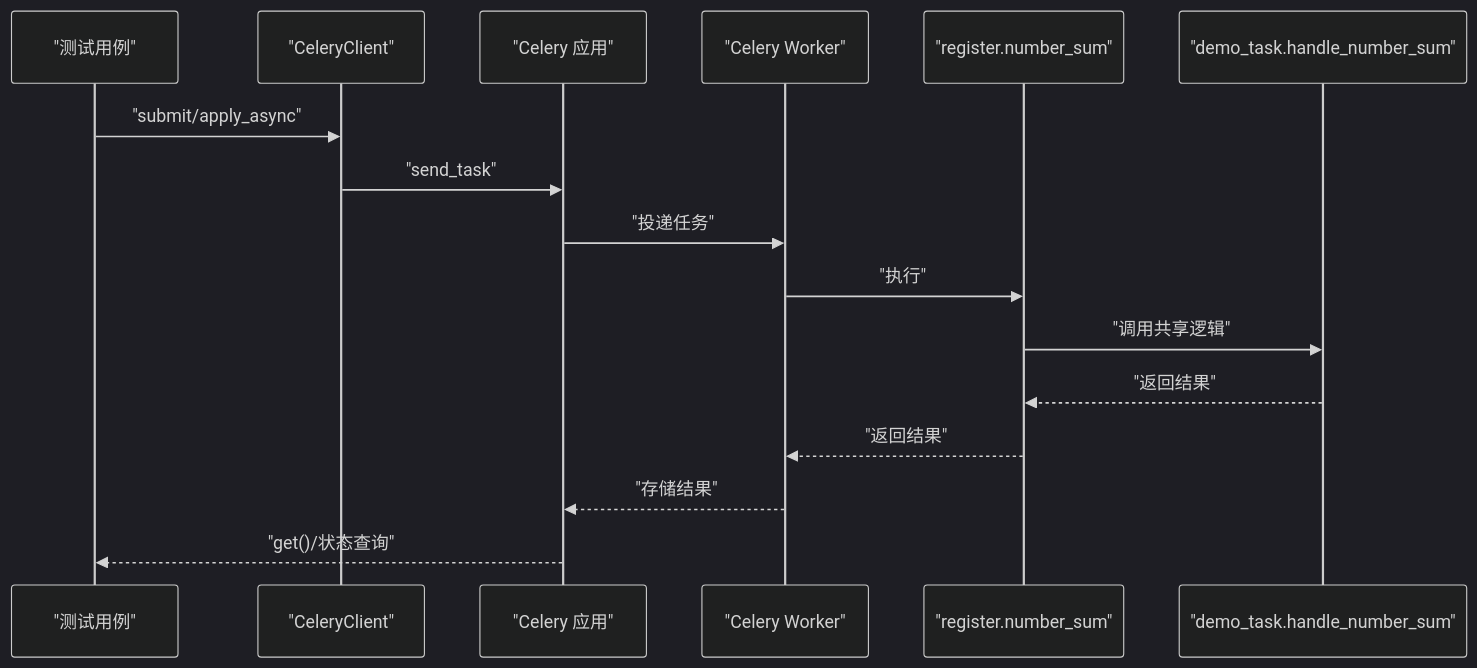
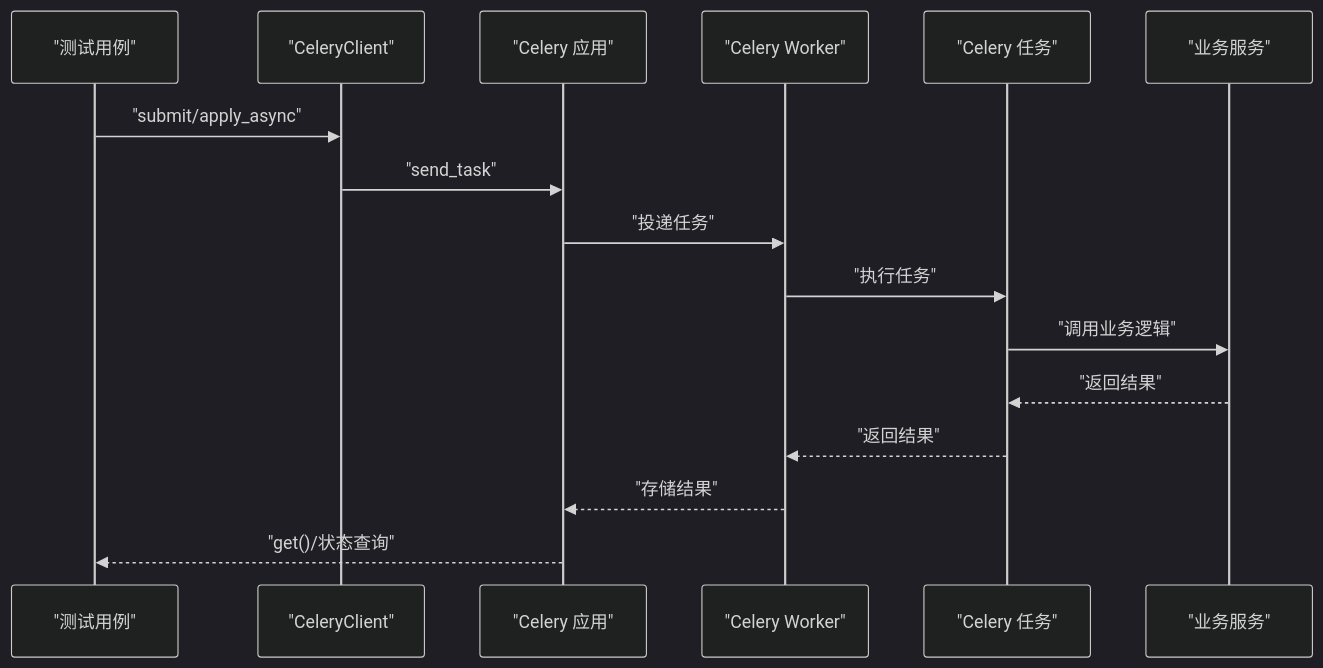
Before and after one commit to lilinzezzzzzz/fastapi-backend: the seventh of 8 diagrams in .qoder/repowiki/zh/content/任务调度系统/任务调度系统.md, drawn with Mermaid (dark theme). The commit also changed other lines of this file and 42 other files, not shown here.

````diff
--- a/.qoder/repowiki/zh/content/任务调度系统/任务调度系统.md
+++ b/.qoder/repowiki/zh/content/任务调度系统/任务调度系统.md
@@ -209,18 +307,18 @@
 ```mermaid
 sequenceDiagram
 participant Test as "测试用例"
 participant CeleryClient as "CeleryClient"
 participant CeleryApp as "Celery 应用"
 participant Worker as "Celery Worker"
-participant Task as "register.number_sum"
-participant Impl as "demo_task.handle_number_sum"
+participant Task as "Celery 任务"
+participant Service as "业务服务"
 Test->>CeleryClient : "submit/apply_async"
 CeleryClient->>CeleryApp : "send_task"
 CeleryApp->>Worker : "投递任务"
-Worker->>Task : "执行"
-Task->>Impl : "调用共享逻辑"
-Impl-->>Task : "返回结果"
+Worker->>Task : "执行任务"
+Task->>Service : "调用业务逻辑"
+Service-->>Task : "返回结果"
 Task-->>Worker : "返回结果"
 Worker-->>CeleryApp : "存储结果"
 CeleryApp-->>Test : "get()/状态查询"
 ```
````
